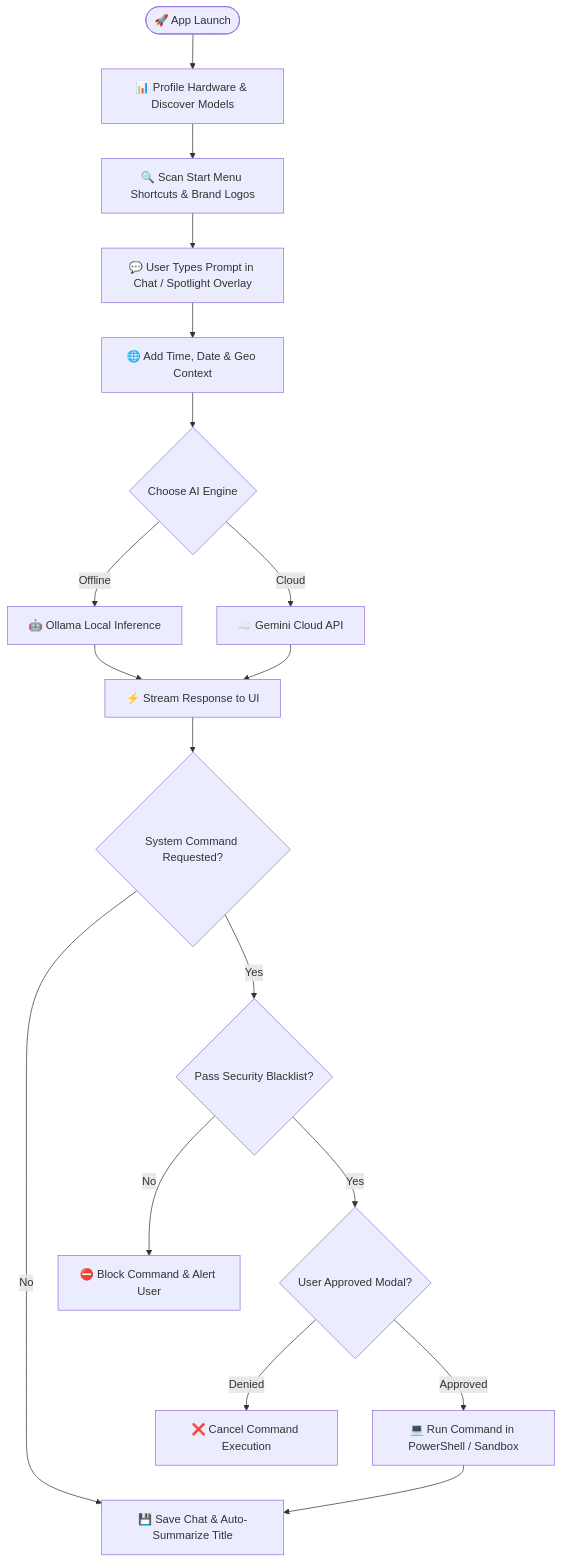
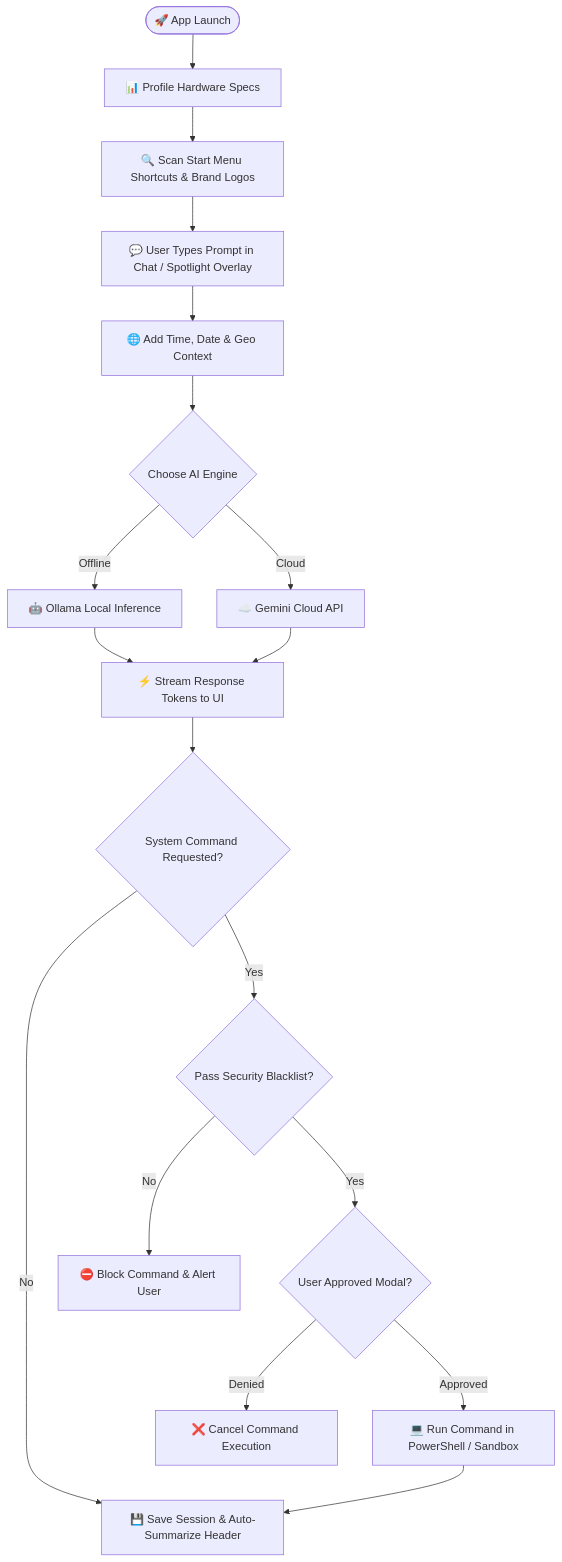
One commit to vedantwankhade123/Brown changed the second of 2 diagrams in SYSTEM_ARCHITECTURE.md. Above: the diagram before and after it, drawn with Mermaid. The commit also changed other lines of this file, not shown here.

Commit message:
docs: align SYSTEM_ARCHITECTURE.md with official GHRU synopsis submission format and base paper research foundation

````diff
--- a/SYSTEM_ARCHITECTURE.md
+++ b/SYSTEM_ARCHITECTURE.md
@@ -138,26 +185,26 @@
 ```mermaid
 flowchart TD
-    START([🚀 App Launch]) --> PROF[📊 Profile Hardware & Discover Models]
+    START([🚀 App Launch]) --> PROF[📊 Profile Hardware Specs]
     PROF --> SCAN[🔍 Scan Start Menu Shortcuts & Brand Logos]
     SCAN --> INPUT[💬 User Types Prompt in Chat / Spotlight Overlay]
 
     INPUT --> ENRICH[🌐 Add Time, Date & Geo Context]
     ENRICH --> ROUTE{Choose AI Engine}
 
     ROUTE -->|Offline| OLLAMA[🤖 Ollama Local Inference]
     ROUTE -->|Cloud| GEMINI[☁️ Gemini Cloud API]
 
-    OLLAMA --> STREAM[⚡ Stream Response to UI]
+    OLLAMA --> STREAM[⚡ Stream Response Tokens to UI]
     GEMINI --> STREAM
 
     STREAM --> CMD_CHECK{System Command Requested?}
-    CMD_CHECK -->|No| SAVE[💾 Save Chat & Auto-Summarize Title]
+    CMD_CHECK -->|No| SAVE[💾 Save Session & Auto-Summarize Header]
     CMD_CHECK -->|Yes| SEC_CHECK{Pass Security Blacklist?}
 
     SEC_CHECK -->|No| BLOCK[⛔ Block Command & Alert User]
     SEC_CHECK -->|Yes| MODAL{User Approved Modal?}
 
     MODAL -->|Denied| CANCEL[❌ Cancel Command Execution]
     MODAL -->|Approved| EXEC[💻 Run Command in PowerShell / Sandbox]
     EXEC --> SAVE
 ```
````
